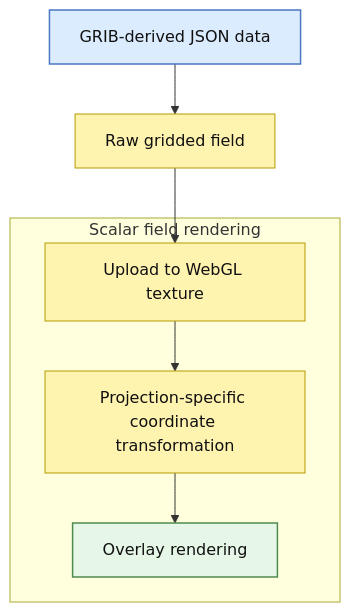
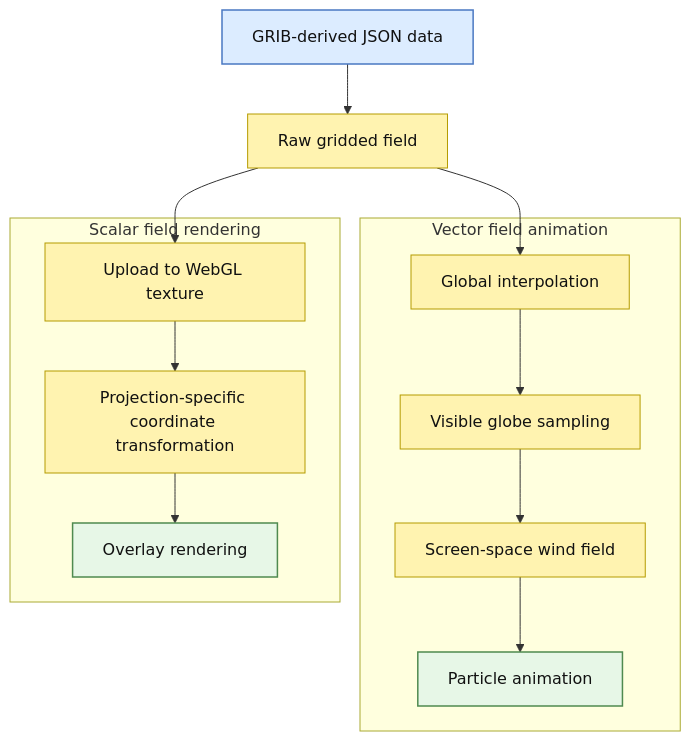
One commit to JAMSTEC-SPDX/react-earth changed the diagram in README.md. Above: the diagram before and after it, drawn with Mermaid. The commit also changed other lines of this file and 12 other files, not shown here.

First line of the commit message:
[lib] feat: introduce a VectorAnimator to visualize a vector field at a given instant using particle-based animation.

````diff
--- a/README.md
+++ b/README.md
@@ -21,25 +22,36 @@
 ```mermaid
     flowchart TD
     A[GRIB-derived JSON data]
     B[Raw gridded field]
+
+    subgraph V["Vector field animation"]
+        F[Global interpolation]
+        G[Visible globe sampling]
+        H[Screen-space wind field]
+        I[Particle animation]
+    end
 
     subgraph S["Scalar field rendering"]
         C[Upload to WebGL texture]
         D[Projection-specific coordinate transformation]
         E[Overlay rendering]
     end
 
     A --> B
     B --> C
     C --> D
     D --> E
 
+    B --> F
+    F --> G
+    G --> H
+    H --> I
 
     classDef source fill:#dcecff,stroke:#4a78c2,stroke-width:1.5px,color:#111;
     classDef process fill:#fff3b0,stroke:#b59b00,stroke-width:1px,color:#111;
     classDef output fill:#e7f7e7,stroke:#4f8a4f,stroke-width:1.5px,color:#111;
 
     class A source;
-    class B,C,D process;
-    class E output;
+    class B,C,D,F,G,H process;
+    class E,I output;
 ```
````
